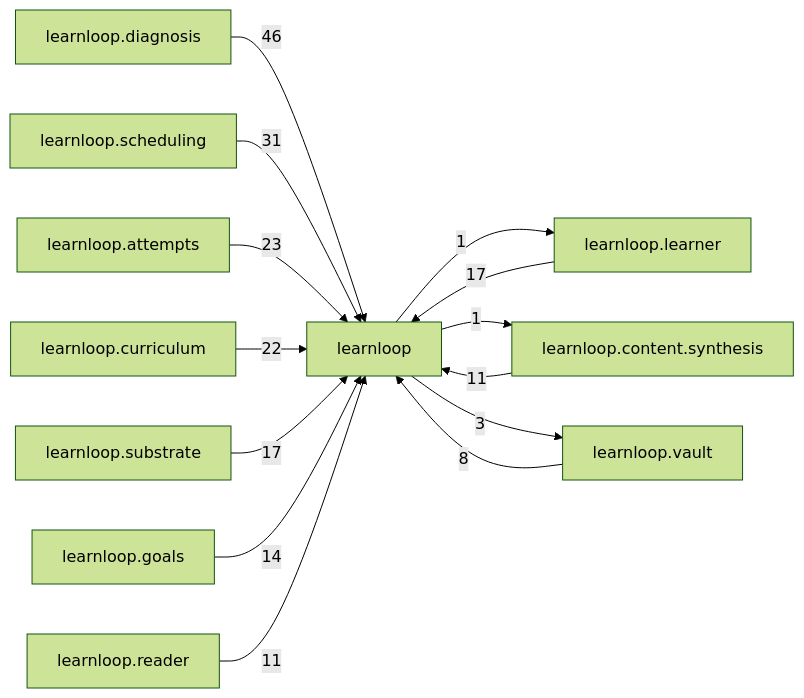
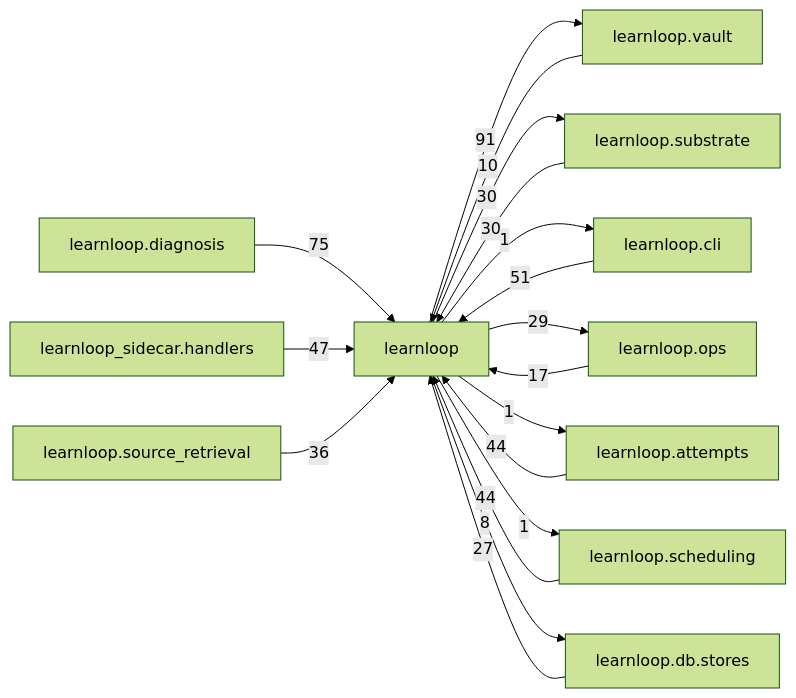
The diagram in docs/learnloop-architecture-vault/Reference/Modules/learnloop/_package.md (6up-b/learnanything), drawn with Mermaid (forest theme) before and after one commit. The commit also changed other lines of this file and 1202 other files, not shown here.

````diff
--- a/docs/learnloop-architecture-vault/Reference/Modules/learnloop/_package.md
+++ b/docs/learnloop-architecture-vault/Reference/Modules/learnloop/_package.md
@@ -143,27 +291,31 @@
 ```mermaid
 flowchart LR
     center["learnloop"]
+    n_learnloop_vault["learnloop.vault"]
     n_learnloop_diagnosis["learnloop.diagnosis"]
+    n_learnloop_substrate["learnloop.substrate"]
+    n_learnloop_cli["learnloop.cli"]
+    n_learnloop_sidecar_handlers["learnloop_sidecar.handlers"]
+    n_learnloop_ops["learnloop.ops"]
+    n_learnloop_attempts["learnloop.attempts"]
     n_learnloop_scheduling["learnloop.scheduling"]
-    n_learnloop_attempts["learnloop.attempts"]
-    n_learnloop_curriculum["learnloop.curriculum"]
-    n_learnloop_learner["learnloop.learner"]
-    n_learnloop_substrate["learnloop.substrate"]
-    n_learnloop_goals["learnloop.goals"]
-    n_learnloop_content_synthesis["learnloop.content.synthesis"]
-    n_learnloop_reader["learnloop.reader"]
-    n_learnloop_vault["learnloop.vault"]
-    n_learnloop_diagnosis -->|46| center
-    n_learnloop_scheduling -->|31| center
-    n_learnloop_attempts -->|23| center
-    n_learnloop_curriculum -->|22| center
-    n_learnloop_learner -->|17| center
-    center -->|1| n_learnloop_learner
-    n_learnloop_substrate -->|17| center
-    n_learnloop_goals -->|14| center
-    n_learnloop_content_synthesis -->|11| center
-    center -->|1| n_learnloop_content_synthesis
-    n_learnloop_reader -->|11| center
-    n_learnloop_vault -->|8| center
-    center -->|3| n_learnloop_vault
+    n_learnloop_source_retrieval["learnloop.source_retrieval"]
+    n_learnloop_db_stores["learnloop.db.stores"]
+    n_learnloop_vault -->|10| center
+    center -->|91| n_learnloop_vault
+    n_learnloop_diagnosis -->|75| center
+    n_learnloop_substrate -->|30| center
+    center -->|30| n_learnloop_substrate
+    n_learnloop_cli -->|51| center
+    center -->|1| n_learnloop_cli
+    n_learnloop_sidecar_handlers -->|47| center
+    n_learnloop_ops -->|17| center
+    center -->|29| n_learnloop_ops
+    n_learnloop_attempts -->|44| center
+    center -->|1| n_learnloop_attempts
+    n_learnloop_scheduling -->|44| center
+    center -->|1| n_learnloop_scheduling
+    n_learnloop_source_retrieval -->|36| center
+    n_learnloop_db_stores -->|27| center
+    center -->|8| n_learnloop_db_stores
 ```
````
